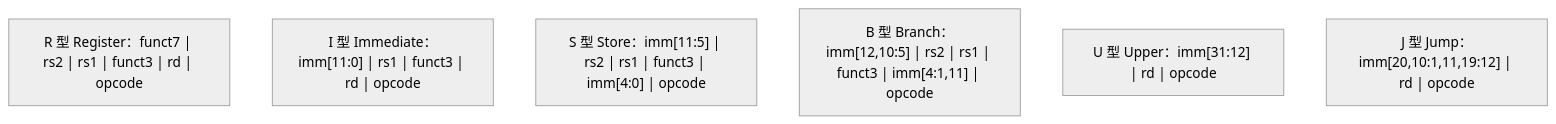
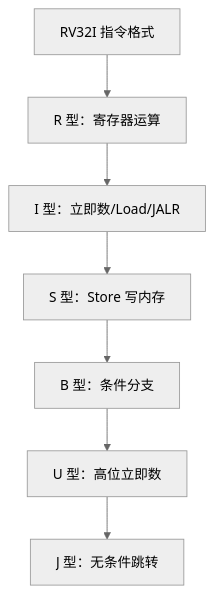
Before and after one commit to SummerS-tars/jizu-course-guides: the second of 4 diagrams in guides/计组-课件04-学习指南.md, drawn with Mermaid (neutral theme). The commit also changed other lines of this file, not shown here.

Commit message:
docs(计组): 优化RV32I格式图可读性

````diff
--- a/guides/计组-课件04-学习指南.md
+++ b/guides/计组-课件04-学习指南.md
@@ -175,9 +175,10 @@
 ```mermaid
 flowchart TB
-  R["R 型 Register：funct7 | rs2 | rs1 | funct3 | rd | opcode"]
-  I["I 型 Immediate：imm[11:0] | rs1 | funct3 | rd | opcode"]
-  S["S 型 Store：imm[11:5] | rs2 | rs1 | funct3 | imm[4:0] | opcode"]
-  B["B 型 Branch：imm[12,10:5] | rs2 | rs1 | funct3 | imm[4:1,11] | opcode"]
-  U["U 型 Upper：imm[31:12] | rd | opcode"]
-  J["J 型 Jump：imm[20,10:1,11,19:12] | rd | opcode"]
+  Start["RV32I 指令格式"]
+  Start --> R["R 型：寄存器运算"]
+  R --> I["I 型：立即数/Load/JALR"]
+  I --> S["S 型：Store 写内存"]
+  S --> B["B 型：条件分支"]
+  B --> U["U 型：高位立即数"]
+  U --> J["J 型：无条件跳转"]
 ```
````
